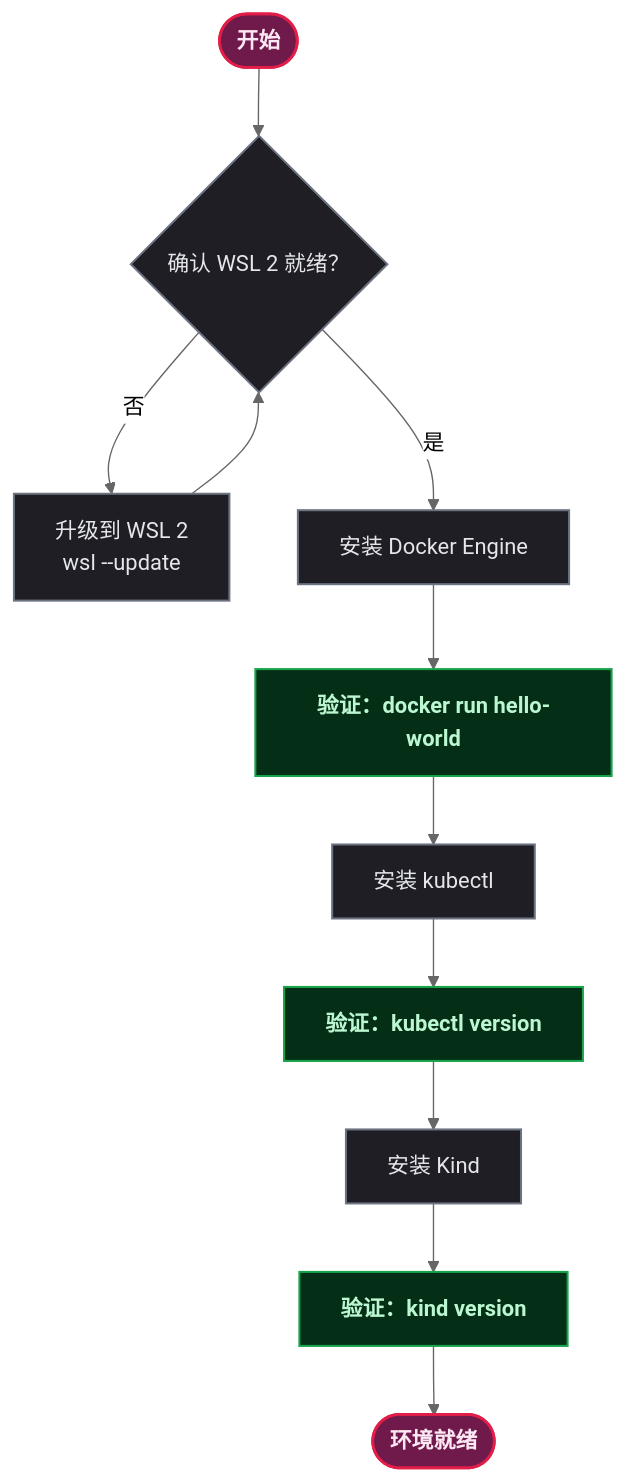
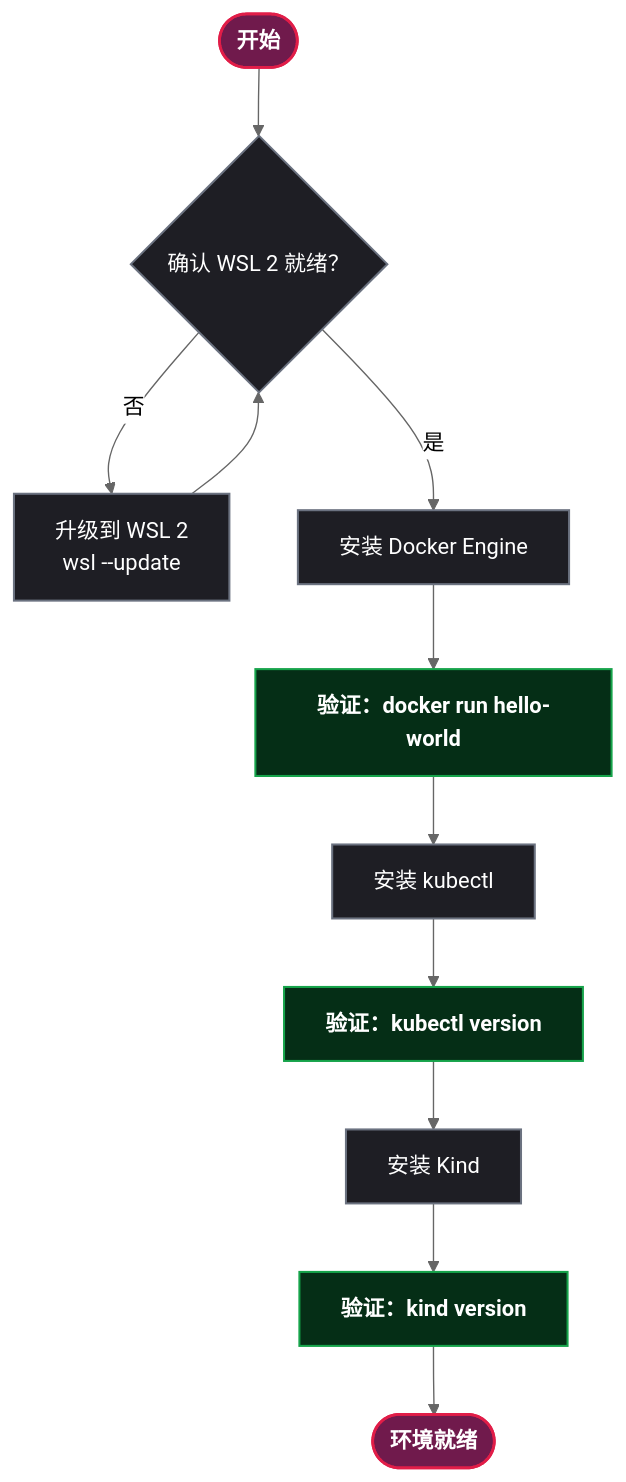
The second of 12 diagrams in content/posts/kubernetes/KindWslMigration.md (yaocat55/yaocat55.github.io), drawn with Mermaid (neutral theme) before and after one commit. The commit also changed other lines of this file and 27 other files, not shown here.

Commit message:
docs: 全系列 93 张 Mermaid 图 classDef 改为 style 强制深底白字(修复部分渲染器白底浅字)+历史文件格式清理

````diff
--- a/content/posts/kubernetes/KindWslMigration.md
+++ b/content/posts/kubernetes/KindWslMigration.md
@@ -196,25 +206,27 @@
 ```mermaid
 flowchart TD
     %% ==========================================
     %% 样式定义
     %% ==========================================
-classDef startEnd fill:#701a4c,stroke:#e11d48,stroke-width:2px,color:#fce7f3,font-weight:bold;
-classDef process fill:#1e1e24,stroke:#6b7280,stroke-width:1.5px,color:#e5e7eb;
-classDef verify fill:#052e16,stroke:#16a34a,stroke-width:1.5px,color:#bbf7d0,font-weight:bold;
 
     START([开始]) --> CHECK_WSL{确认 WSL 2 就绪？}
     CHECK_WSL -->|否| UPGRADE_WSL[升级到 WSL 2\nwsl --update]
     UPGRADE_WSL --> CHECK_WSL
     CHECK_WSL -->|是| INSTALL_DOCKER[安装 Docker Engine]
     INSTALL_DOCKER --> VERIFY_DOCKER["验证：docker run hello-world"]
     VERIFY_DOCKER --> INSTALL_KUBECTL[安装 kubectl]
     INSTALL_KUBECTL --> VERIFY_KUBECTL["验证：kubectl version"]
     VERIFY_KUBECTL --> INSTALL_KIND[安装 Kind]
     INSTALL_KIND --> VERIFY_KIND["验证：kind version"]
     VERIFY_KIND --> DONE([环境就绪])
-
-    class START,DONE startEnd;
-    class CHECK_WSL process;
-    class UPGRADE_WSL,INSTALL_DOCKER,INSTALL_KUBECTL,INSTALL_KIND process;
-    class VERIFY_DOCKER,VERIFY_KUBECTL,VERIFY_KIND verify;
+    style START fill:#701a4c,stroke:#e11d48,stroke-width:2px,color:#ffffff,font-weight:bold
+    style DONE fill:#701a4c,stroke:#e11d48,stroke-width:2px,color:#ffffff,font-weight:bold
+    style CHECK_WSL fill:#1e1e24,stroke:#6b7280,stroke-width:1.5px,color:#ffffff
+    style UPGRADE_WSL fill:#1e1e24,stroke:#6b7280,stroke-width:1.5px,color:#ffffff
+    style INSTALL_DOCKER fill:#1e1e24,stroke:#6b7280,stroke-width:1.5px,color:#ffffff
+    style INSTALL_KUBECTL fill:#1e1e24,stroke:#6b7280,stroke-width:1.5px,color:#ffffff
+    style INSTALL_KIND fill:#1e1e24,stroke:#6b7280,stroke-width:1.5px,color:#ffffff
+    style VERIFY_DOCKER fill:#052e16,stroke:#16a34a,stroke-width:1.5px,color:#ffffff,font-weight:bold
+    style VERIFY_KUBECTL fill:#052e16,stroke:#16a34a,stroke-width:1.5px,color:#ffffff,font-weight:bold
+    style VERIFY_KIND fill:#052e16,stroke:#16a34a,stroke-width:1.5px,color:#ffffff,font-weight:bold
 ```
````
